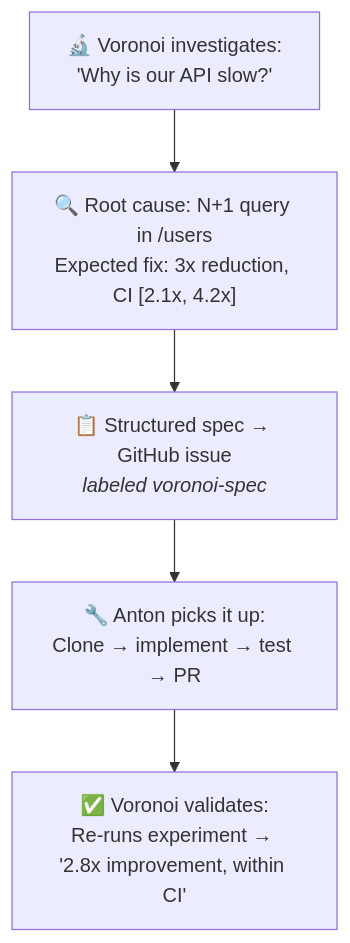
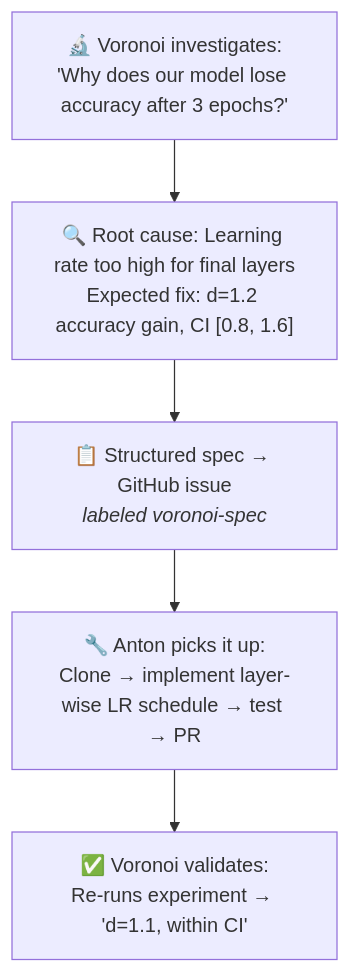
The fifth of 5 diagrams in README.md (Vahidrostami/voronoi), drawn with Mermaid before and after one commit. The commit also changed other lines of this file, not shown here.

First line of the commit message:
docs: make README examples more scientific, add dependency graph info

````diff
--- a/README.md
+++ b/README.md
@@ -603,8 +604,8 @@
 ```mermaid
 graph TD
-    V["🔬 Voronoi investigates:<br/>'Why is our API slow?'"]
-    V --> RC["🔍 Root cause: N+1 query in /users<br/>Expected fix: 3x reduction, CI [2.1x, 4.2x]"]
+    V["🔬 Voronoi investigates:<br/>'Why does our model lose accuracy after 3 epochs?'"]
+    V --> RC["🔍 Root cause: Learning rate too high for final layers<br/>Expected fix: d=1.2 accuracy gain, CI [0.8, 1.6]"]
     RC --> S["📋 Structured spec → GitHub issue<br/><i>labeled voronoi-spec</i>"]
-    S --> A["🔧 Anton picks it up:<br/>Clone → implement → test → PR"]
-    A --> Val["✅ Voronoi validates:<br/>Re-runs experiment → '2.8x improvement, within CI'"]
+    S --> A["🔧 Anton picks it up:<br/>Clone → implement layer-wise LR schedule → test → PR"]
+    A --> Val["✅ Voronoi validates:<br/>Re-runs experiment → 'd=1.1, within CI'"]
 ```
````
